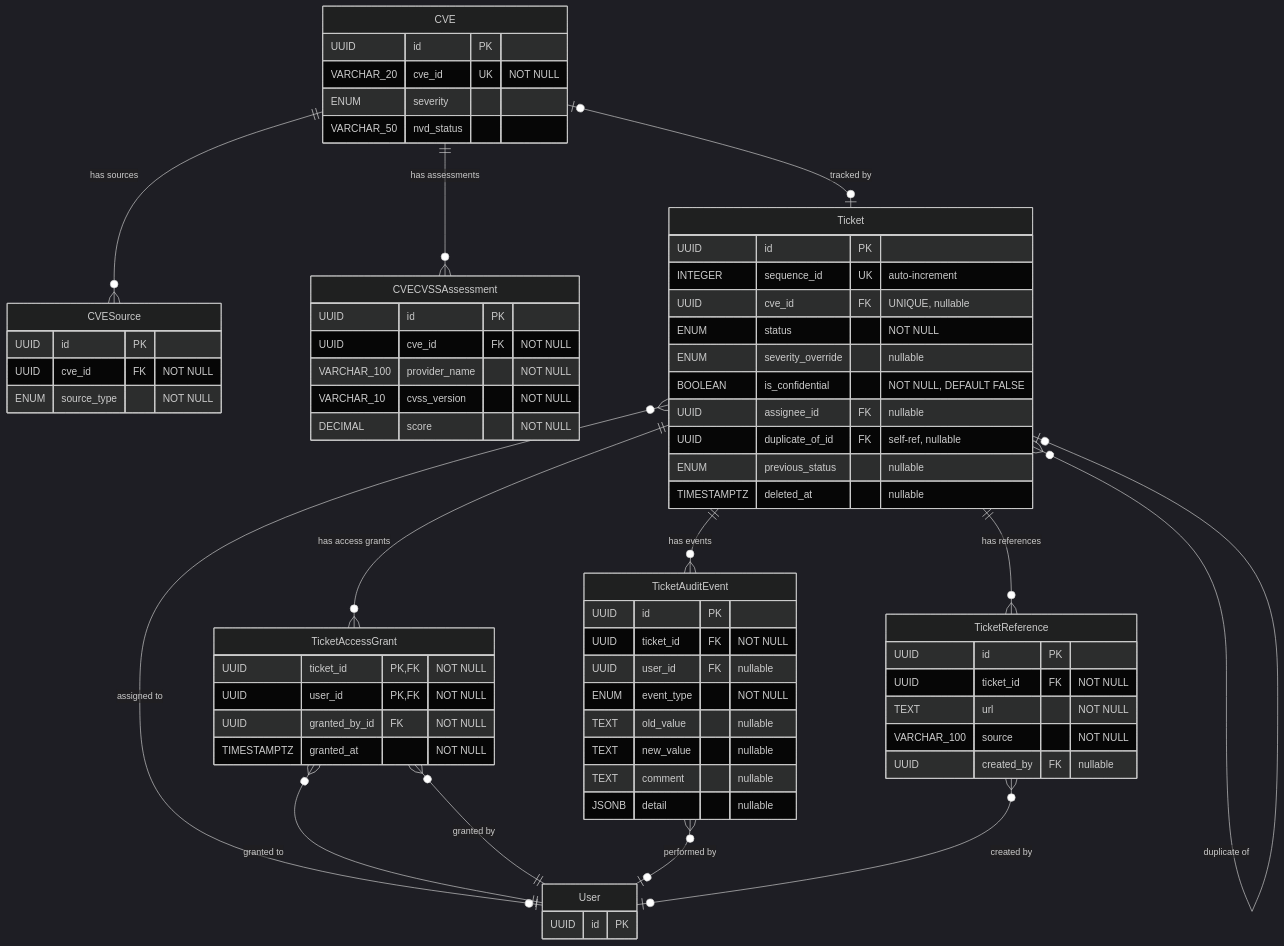
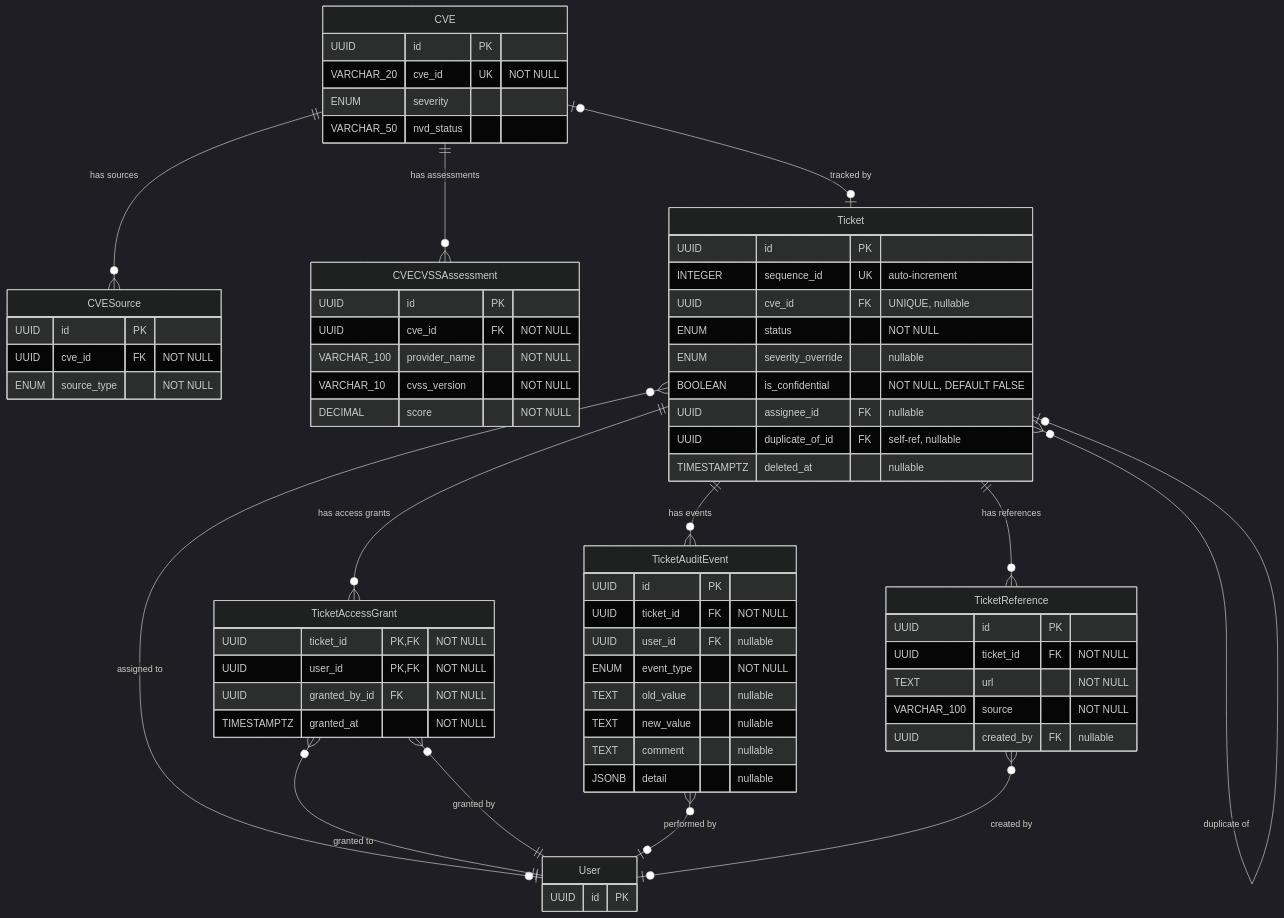
One commit to StayPirate/STAMP changed the second of 6 diagrams in docs/data-model.md. Above: the diagram before and after it, drawn with Mermaid (dark theme). The commit also changed other lines of this file and 1 other file, not shown here.

First line of the commit message:
docs: remove previous_status column, simplify duplicate revert

````diff
--- a/docs/data-model.md
+++ b/docs/data-model.md
@@ -72,72 +72,71 @@
 ```mermaid
 erDiagram
     CVE {
         UUID id PK
         VARCHAR_20 cve_id UK "NOT NULL"
         ENUM severity
         VARCHAR_50 nvd_status
     }
     CVESource {
         UUID id PK
         UUID cve_id FK "NOT NULL"
         ENUM source_type "NOT NULL"
     }
     CVECVSSAssessment {
         UUID id PK
         UUID cve_id FK "NOT NULL"
         VARCHAR_100 provider_name "NOT NULL"
         VARCHAR_10 cvss_version "NOT NULL"
         DECIMAL score "NOT NULL"
     }
     Ticket {
         UUID id PK
         INTEGER sequence_id UK "auto-increment"
         UUID cve_id FK "UNIQUE, nullable"
         ENUM status "NOT NULL"
         ENUM severity_override "nullable"
         BOOLEAN is_confidential "NOT NULL, DEFAULT FALSE"
         UUID assignee_id FK "nullable"
         UUID duplicate_of_id FK "self-ref, nullable"
-        ENUM previous_status "nullable"
         TIMESTAMPTZ deleted_at "nullable"
     }
     TicketAccessGrant {
         UUID ticket_id PK,FK "NOT NULL"
         UUID user_id PK,FK "NOT NULL"
         UUID granted_by_id FK "NOT NULL"
         TIMESTAMPTZ granted_at "NOT NULL"
     }
     TicketAuditEvent {
         UUID id PK
         UUID ticket_id FK "NOT NULL"
         UUID user_id FK "nullable"
         ENUM event_type "NOT NULL"
         TEXT old_value "nullable"
         TEXT new_value "nullable"
         TEXT comment "nullable"
         JSONB detail "nullable"
     }
     TicketReference {
         UUID id PK
         UUID ticket_id FK "NOT NULL"
         TEXT url "NOT NULL"
         VARCHAR_100 source "NOT NULL"
         UUID created_by FK "nullable"
     }
     User {
         UUID id PK
     }
 
     CVE ||--o{ CVESource : "has sources"
     CVE ||--o{ CVECVSSAssessment : "has assessments"
     CVE |o--o| Ticket : "tracked by"
     Ticket ||--o{ TicketAccessGrant : "has access grants"
     Ticket ||--o{ TicketAuditEvent : "has events"
     Ticket ||--o{ TicketReference : "has references"
     Ticket }o--o| User : "assigned to"
     Ticket }o--o| Ticket : "duplicate of"
     TicketAccessGrant }o--|| User : "granted to"
     TicketAccessGrant }o--|| User : "granted by"
     TicketAuditEvent }o--o| User : "performed by"
     TicketReference }o--o| User : "created by"
 ```
````
